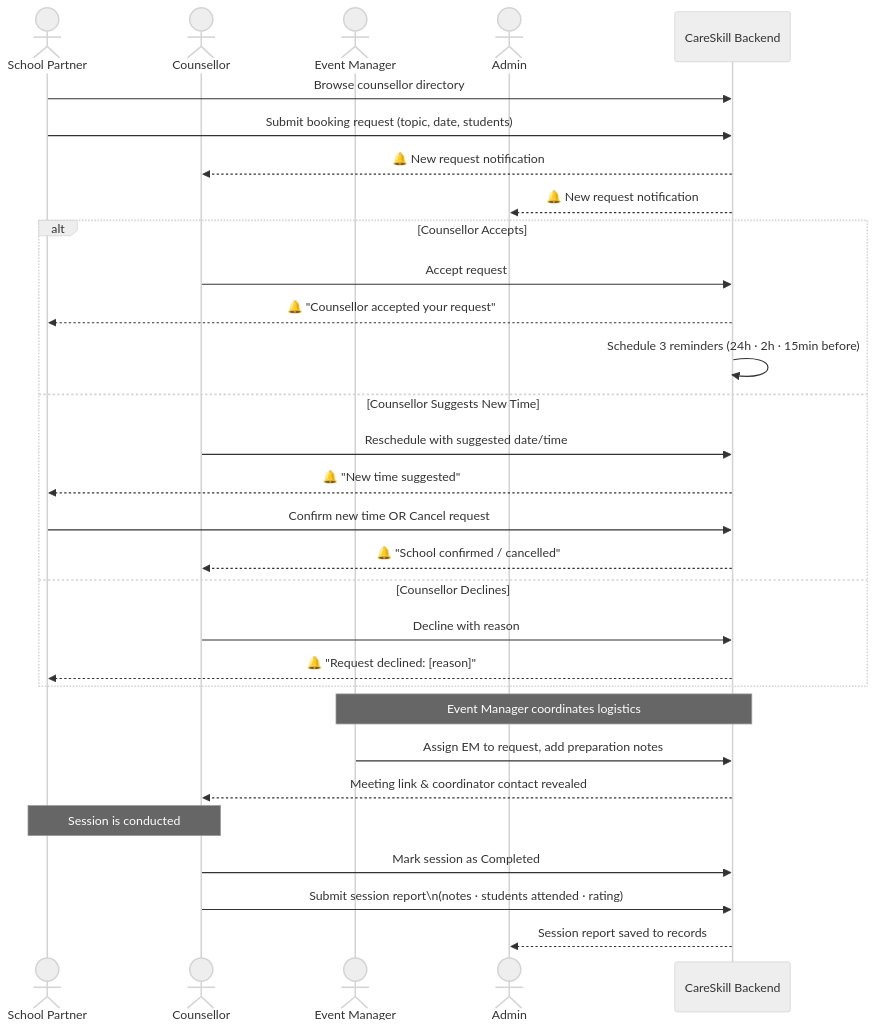
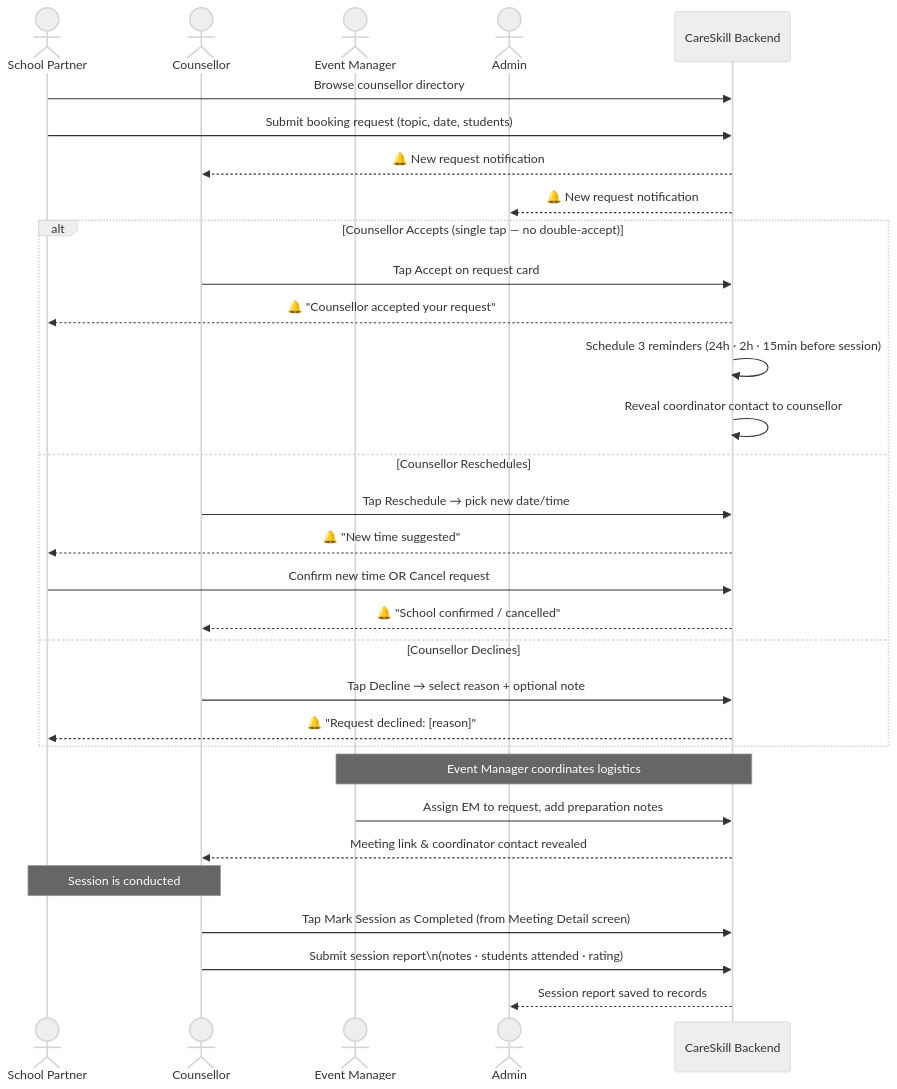
One commit to punjabiwelfare01/NGO_APP changed the third of 15 diagrams in application_usage_guide.md. Above: the diagram before and after it, drawn with Mermaid (neutral theme). The commit also changed other lines of this file and 166 other files, not shown here.

````diff
--- a/application_usage_guide.md
+++ b/application_usage_guide.md
@@ -87,36 +88,37 @@
 ```mermaid
 sequenceDiagram
     actor SP as School Partner
     actor C  as Counsellor
     actor EM as Event Manager
     actor A  as Admin
     participant SYS as CareSkill Backend
 
     SP->>SYS: Browse counsellor directory
     SP->>SYS: Submit booking request (topic, date, students)
     SYS-->>C: 🔔 New request notification
     SYS-->>A: 🔔 New request notification
 
-    alt Counsellor Accepts
-        C->>SYS: Accept request
+    alt Counsellor Accepts (single tap — no double-accept)
+        C->>SYS: Tap Accept on request card
         SYS-->>SP: 🔔 "Counsellor accepted your request"
-        SYS->>SYS: Schedule 3 reminders (24h · 2h · 15min before)
-    else Counsellor Suggests New Time
-        C->>SYS: Reschedule with suggested date/time
+        SYS->>SYS: Schedule 3 reminders (24h · 2h · 15min before session)
+        SYS->>SYS: Reveal coordinator contact to counsellor
+    else Counsellor Reschedules
+        C->>SYS: Tap Reschedule → pick new date/time
         SYS-->>SP: 🔔 "New time suggested"
         SP->>SYS: Confirm new time  OR  Cancel request
         SYS-->>C: 🔔 "School confirmed / cancelled"
     else Counsellor Declines
-        C->>SYS: Decline with reason
+        C->>SYS: Tap Decline → select reason + optional note
         SYS-->>SP: 🔔 "Request declined: [reason]"
     end
 
     Note over EM,SYS: Event Manager coordinates logistics
     EM->>SYS: Assign EM to request, add preparation notes
     SYS-->>C: Meeting link & coordinator contact revealed
 
     Note over C,SP: Session is conducted
-    C->>SYS: Mark session as Completed
+    C->>SYS: Tap Mark Session as Completed (from Meeting Detail screen)
     C->>SYS: Submit session report\n(notes · students attended · rating)
     SYS-->>A: Session report saved to records
 ```
````
